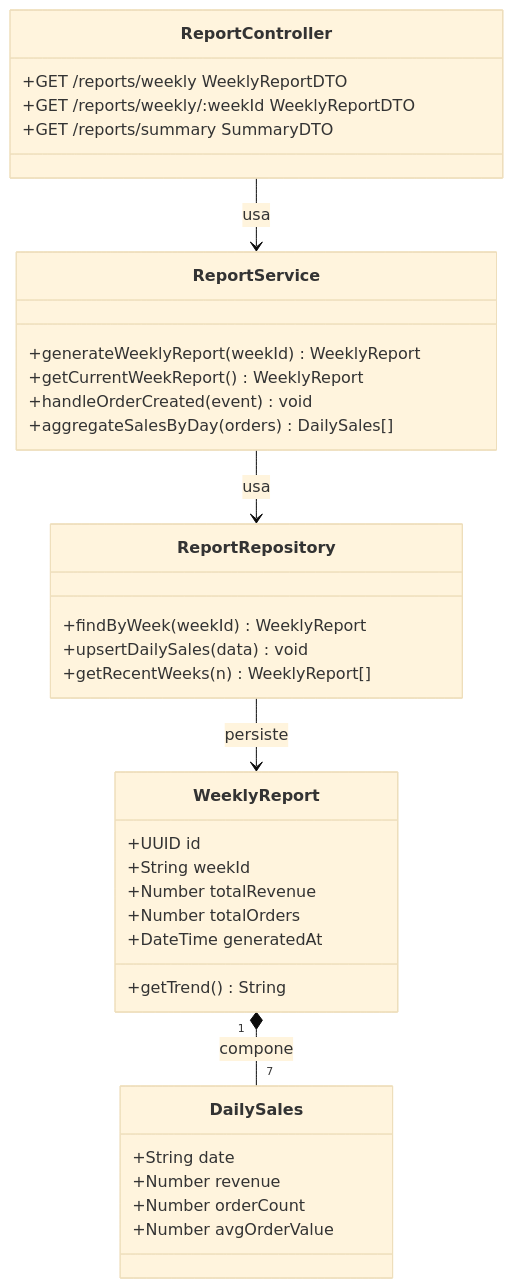
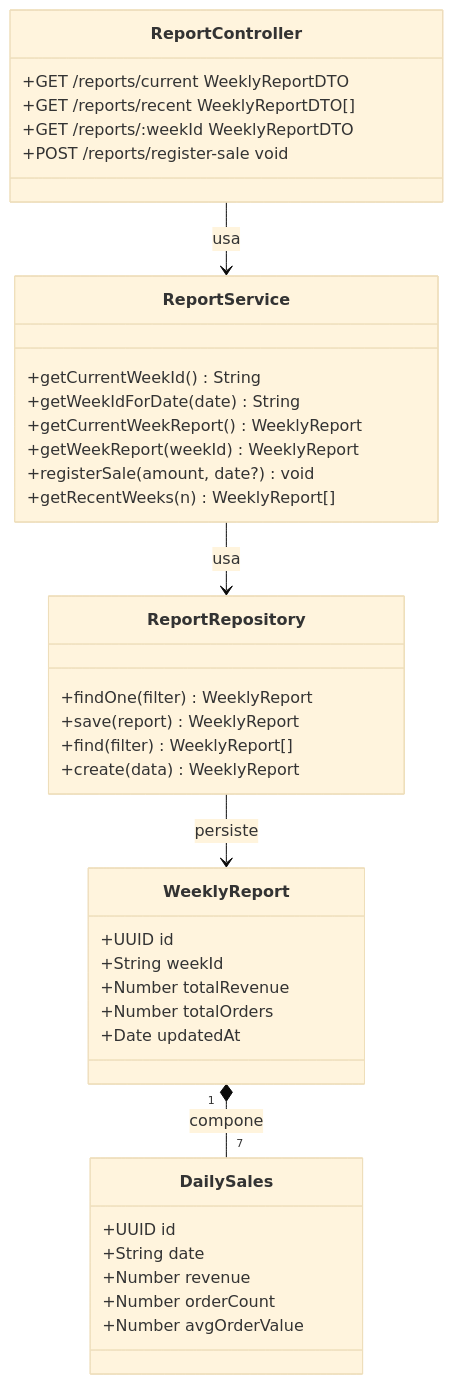
One commit to holyusm/INF-301-WWW changed diagram 11 of 12 in BackEnd-Arquitectura.md. Above: the diagram before and after it, drawn with Mermaid (base theme). The commit also changed other lines of this file, not shown here.

````diff
--- a/BackEnd-Arquitectura.md
+++ b/BackEnd-Arquitectura.md
@@ -741,42 +743,46 @@
 ```mermaid
 classDiagram
     class ReportController {
-        +GET /reports/weekly WeeklyReportDTO
-        +GET /reports/weekly/:weekId WeeklyReportDTO
-        +GET /reports/summary SummaryDTO
+        +GET /reports/current WeeklyReportDTO
+        +GET /reports/recent WeeklyReportDTO[]
+        +GET /reports/:weekId WeeklyReportDTO
+        +POST /reports/register-sale void
     }
 
     class ReportService {
-        +generateWeeklyReport(weekId) WeeklyReport
+        +getCurrentWeekId() String
+        +getWeekIdForDate(date) String
         +getCurrentWeekReport() WeeklyReport
-        +handleOrderCreated(event) void
-        +aggregateSalesByDay(orders) DailySales[]
+        +getWeekReport(weekId) WeeklyReport
+        +registerSale(amount, date?) void
+        +getRecentWeeks(n) WeeklyReport[]
     }
 
     class ReportRepository {
-        +findByWeek(weekId) WeeklyReport
-        +upsertDailySales(data) void
-        +getRecentWeeks(n) WeeklyReport[]
+        +findOne(filter) WeeklyReport
+        +save(report) WeeklyReport
+        +find(filter) WeeklyReport[]
+        +create(data) WeeklyReport
     }
 
     class WeeklyReport {
         +UUID id
         +String weekId
         +Number totalRevenue
         +Number totalOrders
-        +DateTime generatedAt
-        +getTrend() String
+        +Date updatedAt
     }
 
     class DailySales {
+        +UUID id
         +String date
         +Number revenue
         +Number orderCount
         +Number avgOrderValue
     }
 
     ReportController --> ReportService : usa
     ReportService --> ReportRepository : usa
     ReportRepository --> WeeklyReport : persiste
     WeeklyReport "1" *-- "7" DailySales : compone
 ```
````
